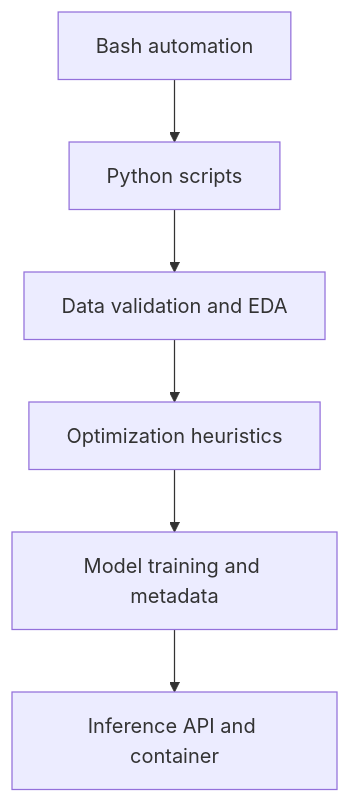
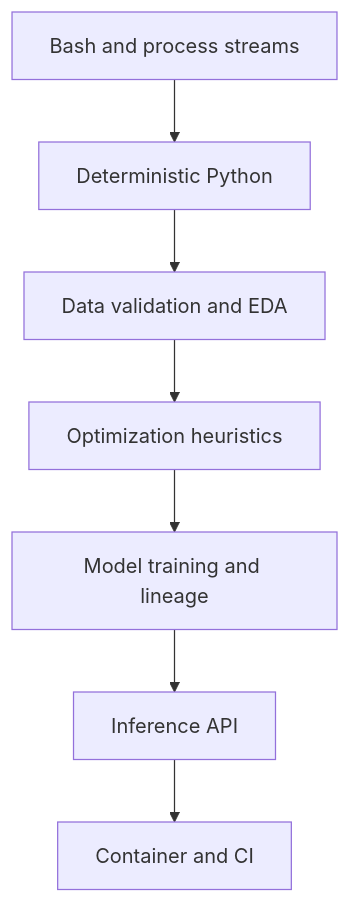
One commit to moahmedzaghloula/practical-mlops-book changed the diagram in chapters/02-mlops-foundations/README.md. Above: the diagram before and after it, drawn with Mermaid. The commit also changed other lines of this file and 14 other files, not shown here.

````diff
--- a/chapters/02-mlops-foundations/README.md
+++ b/chapters/02-mlops-foundations/README.md
@@ -18,8 +27,9 @@
 ```mermaid
 flowchart TD
-    A["Bash automation"] --> B["Python scripts"]
+    A["Bash and process streams"] --> B["Deterministic Python"]
     B --> C["Data validation and EDA"]
     C --> D["Optimization heuristics"]
-    D --> E["Model training and metadata"]
-    E --> F["Inference API and container"]
+    D --> E["Model training and lineage"]
+    E --> F["Inference API"]
+    F --> G["Container and CI"]
 ```
````
